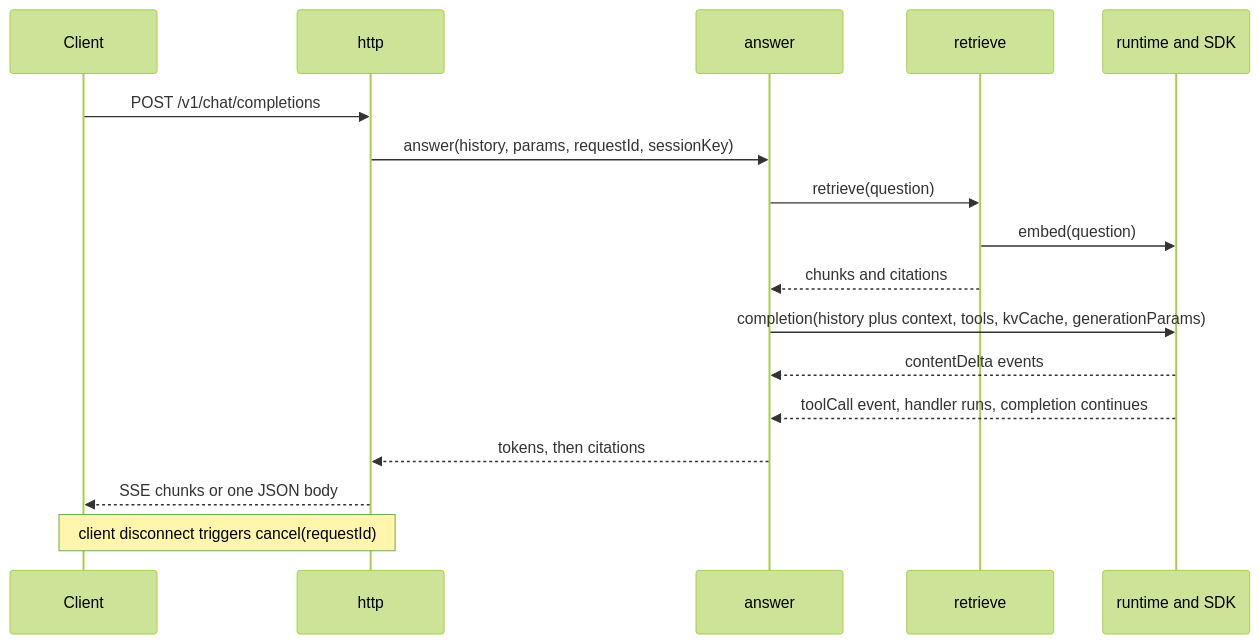
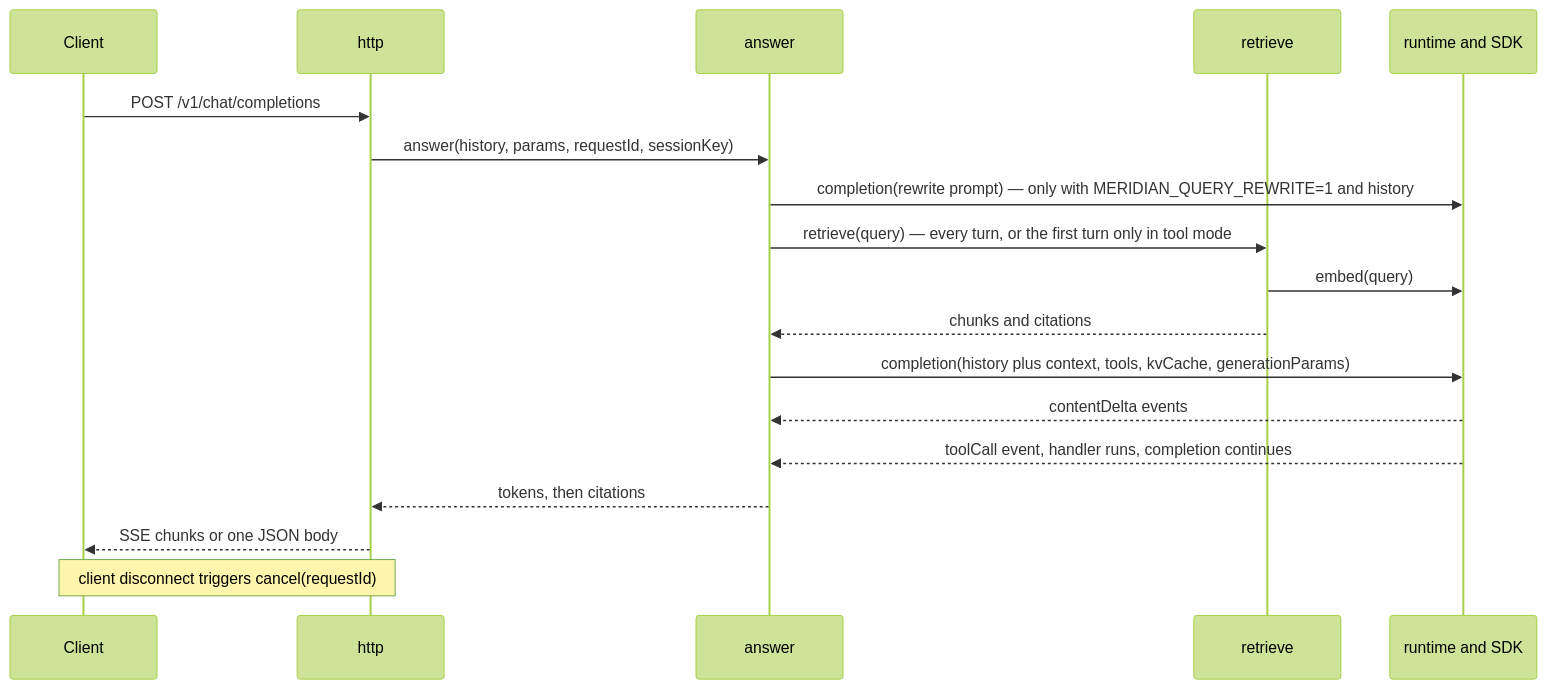
One commit to QExperiments/desktop changed the second of 3 diagrams in ARCHITECTURE.md. Above: the diagram before and after it, drawn with Mermaid (forest theme). The commit also changed other lines of this file and 68 other files, not shown here.

````diff
--- a/ARCHITECTURE.md
+++ b/ARCHITECTURE.md
@@ -78,19 +78,20 @@
 ```mermaid
 sequenceDiagram
   participant C as Client
   participant H as http
   participant A as answer
   participant R as retrieve
   participant Q as runtime and SDK
   C->>H: POST /v1/chat/completions
   H->>A: answer(history, params, requestId, sessionKey)
-  A->>R: retrieve(question)
-  R->>Q: embed(question)
+  A->>Q: completion(rewrite prompt) — only with MERIDIAN_QUERY_REWRITE=1 and history
+  A->>R: retrieve(query) — every turn, or the first turn only in tool mode
+  R->>Q: embed(query)
   R-->>A: chunks and citations
   A->>Q: completion(history plus context, tools, kvCache, generationParams)
   Q-->>A: contentDelta events
   Q-->>A: toolCall event, handler runs, completion continues
   A-->>H: tokens, then citations
   H-->>C: SSE chunks or one JSON body
   Note over C,H: client disconnect triggers cancel(requestId)
 ```
````
